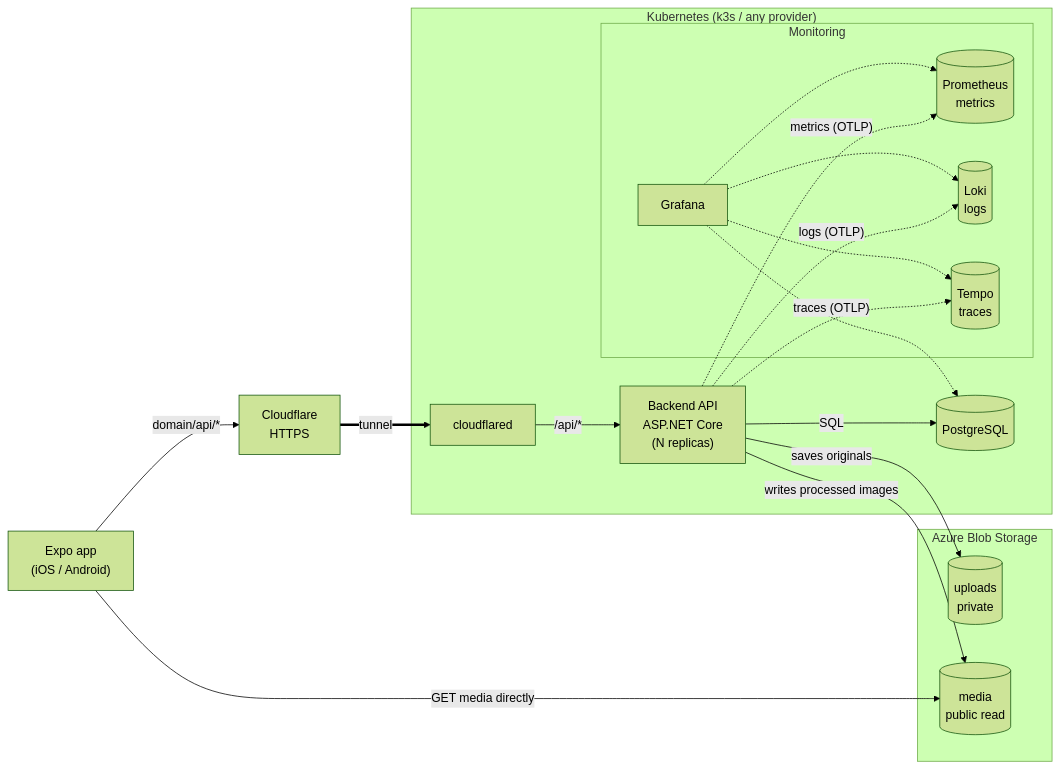
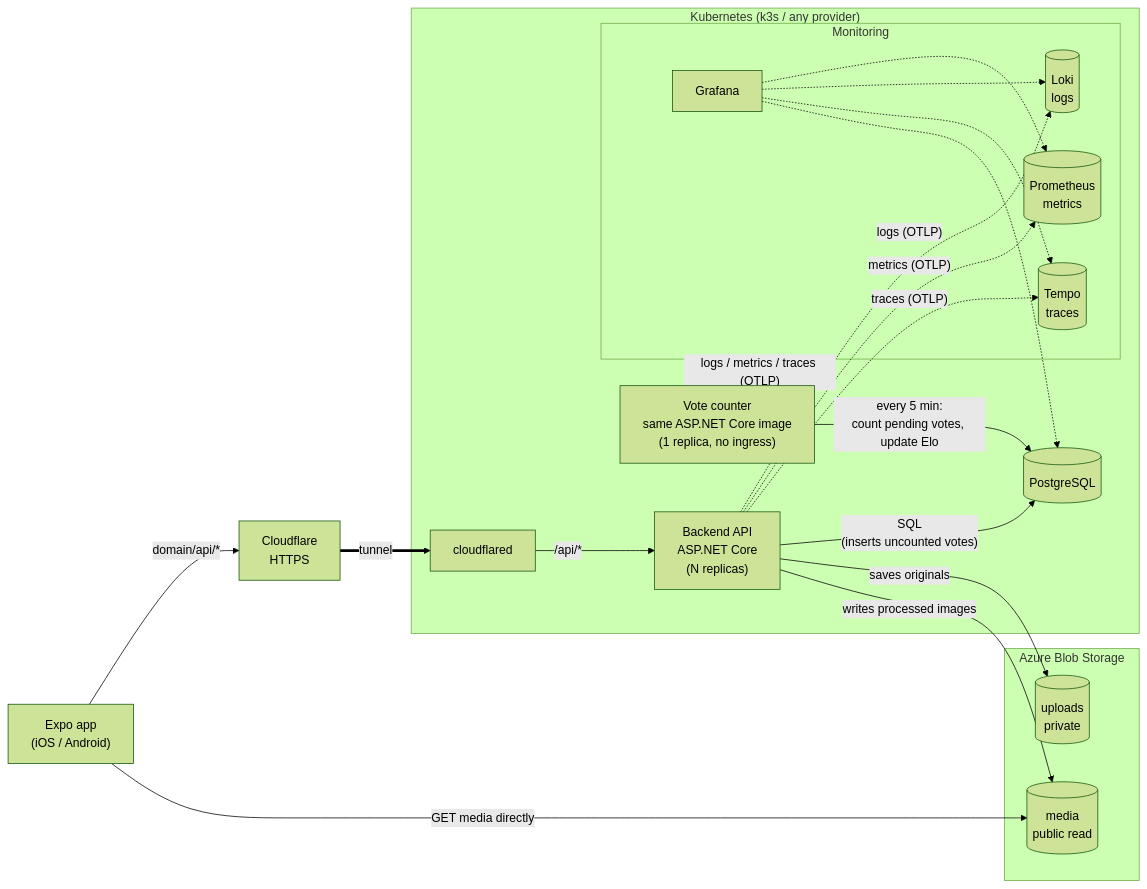
Before and after one commit to Aarhus-tech-project/2026q4-h5-projektstyring-og-app-programmering-group-2: the first of 3 diagrams in ServiceDiagram.md, drawn with Mermaid (forest theme). The commit also changed other lines of this file and 4 other files, not shown here.

````diff
--- a/ServiceDiagram.md
+++ b/ServiceDiagram.md
@@ -3,43 +3,46 @@
 ```mermaid
 flowchart LR
     app["Expo app<br/>(iOS / Android)"]
     cf["Cloudflare<br/>HTTPS"]
 
     subgraph azure["Azure Blob Storage"]
         uploads[("uploads<br/>private")]
         media[("media<br/>public read")]
     end
 
     subgraph k8s["Kubernetes (k3s / any provider)"]
         tunnel["cloudflared"]
 
         backend["Backend API<br/>ASP.NET Core<br/>(N replicas)"]
+        counter["Vote counter<br/>same ASP.NET Core image<br/>(1 replica, no ingress)"]
 
         db[("PostgreSQL")]
 
         subgraph obs["Monitoring"]
             prom[("Prometheus<br/>metrics")]
             loki[("Loki<br/>logs")]
             tempo[("Tempo<br/>traces")]
             grafana["Grafana"]
         end
     end
 
     app -- "domain/api/*" --> cf
     cf == "tunnel" ==> tunnel
     tunnel -- "/api/*" --> backend
 
     app -- "GET media directly" --> media
 
-    backend -- "SQL" --> db
+    backend -- "SQL<br/>(inserts uncounted votes)" --> db
+    counter -- "every 5 min:<br/>count pending votes, update Elo" --> db
     backend -- "saves originals" --> uploads
     backend -- "writes processed images" --> media
 
     backend -. "logs (OTLP)" .-> loki
     backend -. "metrics (OTLP)" .-> prom
     backend -. "traces (OTLP)" .-> tempo
+    counter -. "logs / metrics / traces (OTLP)" .-> obs
     grafana -.-> prom
     grafana -.-> loki
     grafana -.-> tempo
     grafana -.-> db
 ```
````
